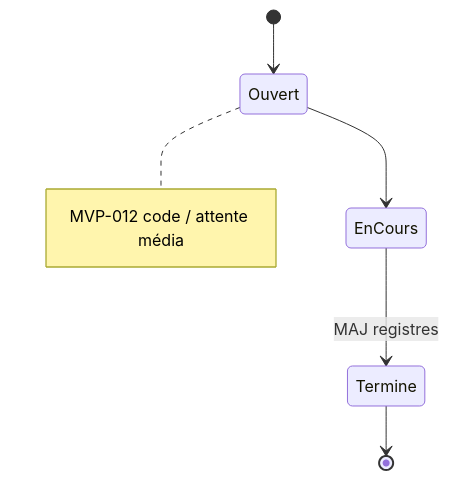
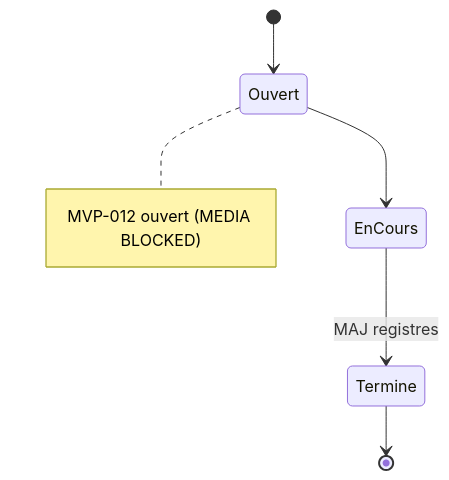
Before and after one commit to JavaChrist/Tai-Chi-AI-Coach: the second of 2 diagrams in docs/runtime/11_BACKLOG.md, drawn with Mermaid. The commit also changed other lines of this file and 26 other files, not shown here.

````diff
--- a/docs/runtime/11_BACKLOG.md
+++ b/docs/runtime/11_BACKLOG.md
@@ -69,8 +69,8 @@
 ```mermaid
 stateDiagram-v2
   [*] --> Ouvert
   Ouvert --> EnCours
   EnCours --> Termine: MAJ registres
   Termine --> [*]
-  note right of Ouvert: MVP-012 code / attente média
+  note right of Ouvert: MVP-012 ouvert (MEDIA BLOCKED)
 ```
````
